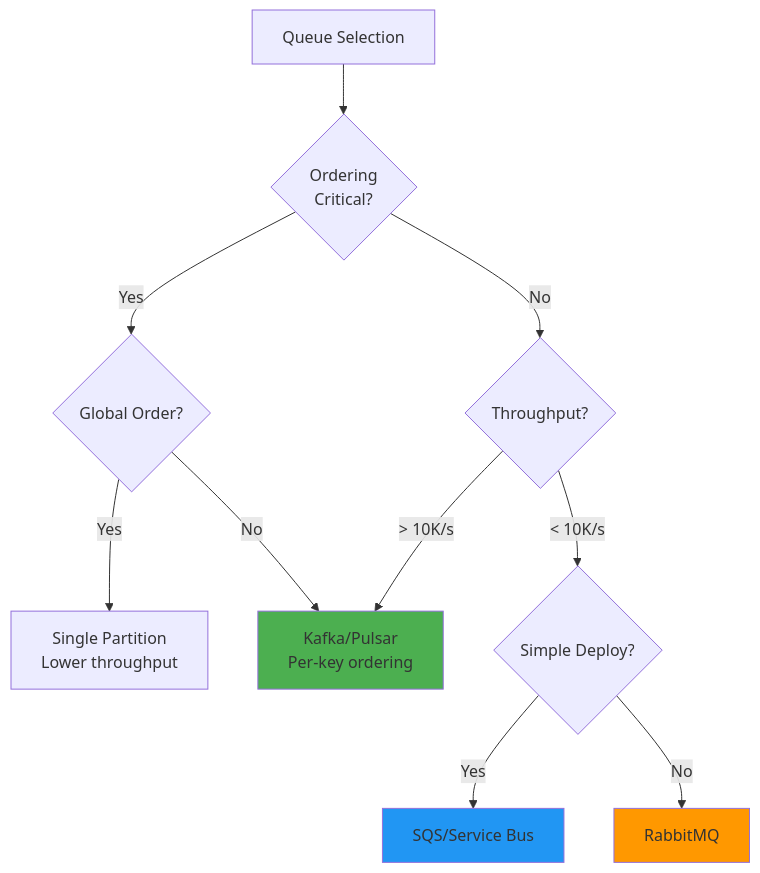
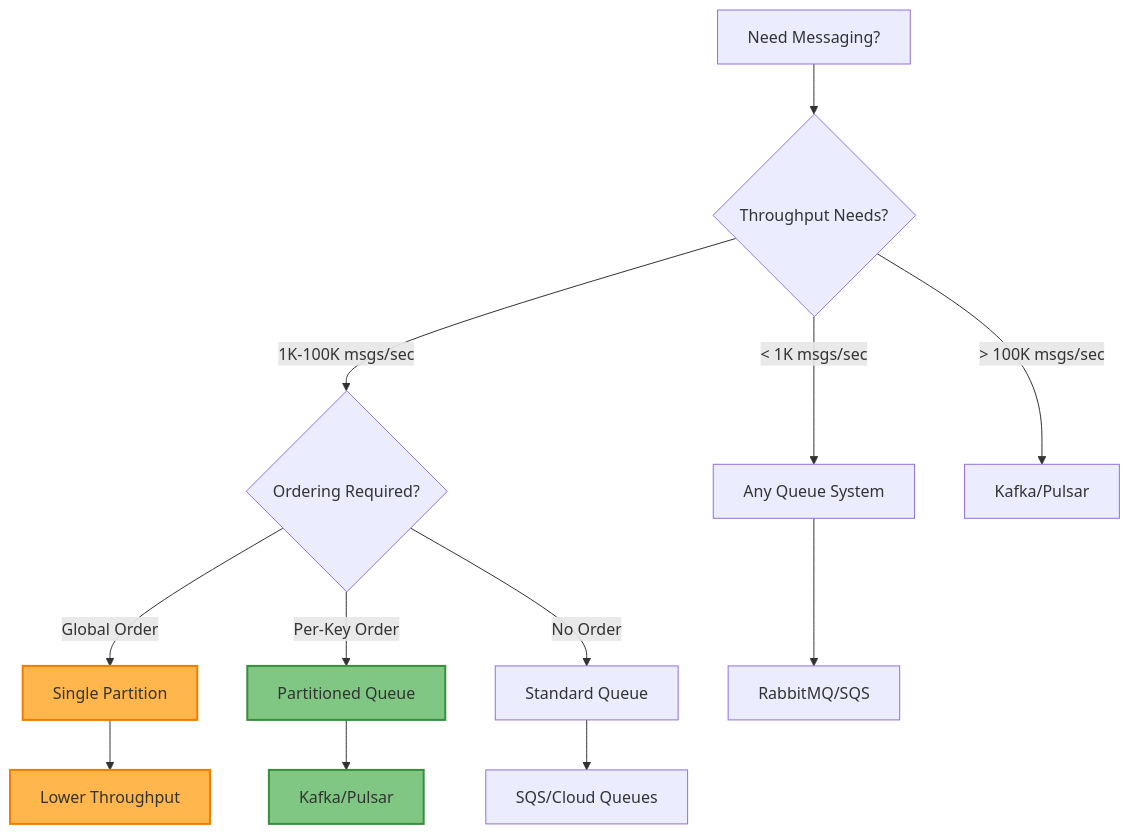
One commit to deepaucksharma/DStudio changed the sixth of 6 diagrams in docs/pattern-library/coordination/distributed-queue.md. Above: the diagram before and after it, drawn with Mermaid. The commit also changed other lines of this file and 11 other files, not shown here.

````diff
--- a/docs/pattern-library/coordination/distributed-queue.md
+++ b/docs/pattern-library/coordination/distributed-queue.md
@@ -1154,20 +416,22 @@
 ```mermaid
 graph TD
-    Start[Queue Selection] --> O1{Ordering<br/>Critical?}
+    A[Need Messaging?] --> B{Throughput Needs?}
+    B -->|< 1K msgs/sec| C[Any Queue System]
+    B -->|1K-100K msgs/sec| D{Ordering Required?}
+    B -->|> 100K msgs/sec| E[Kafka/Pulsar]
     
-    O1 -->|Yes| O2{Global Order?}
-    O1 -->|No| T1{Throughput?}
+    D -->|Global Order| F[Single Partition]
+    D -->|Per-Key Order| G[Partitioned Queue]
+    D -->|No Order| H[Standard Queue]
     
-    O2 -->|Yes| Single[Single Partition<br/>Lower throughput]
-    O2 -->|No| Kafka[Kafka/Pulsar<br/>Per-key ordering]
+    C --> I[RabbitMQ/SQS]
+    F --> J[Lower Throughput]
+    G --> K[Kafka/Pulsar]
+    H --> L[SQS/Cloud Queues]
     
-    T1 -->|< 10K/s| Simple{Simple Deploy?}
-    T1 -->|> 10K/s| Kafka
+    classDef recommended fill:#81c784,stroke:#388e3c,stroke-width:2px
+    classDef caution fill:#ffb74d,stroke:#f57c00,stroke-width:2px
     
-    Simple -->|Yes| Cloud[SQS/Service Bus]
-    Simple -->|No| RabbitMQ[RabbitMQ]
-    
-    style Kafka fill:#4CAF50
-    style Cloud fill:#2196F3
-    style RabbitMQ fill:#FF9800
+    class G,K recommended
+    class F,J caution
 ```
````
